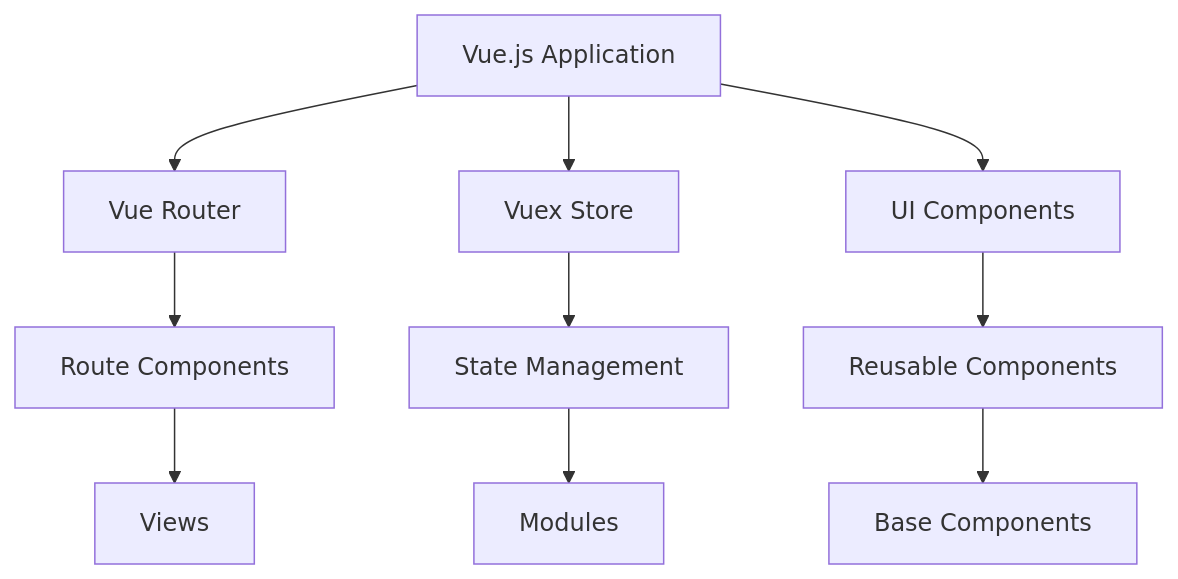
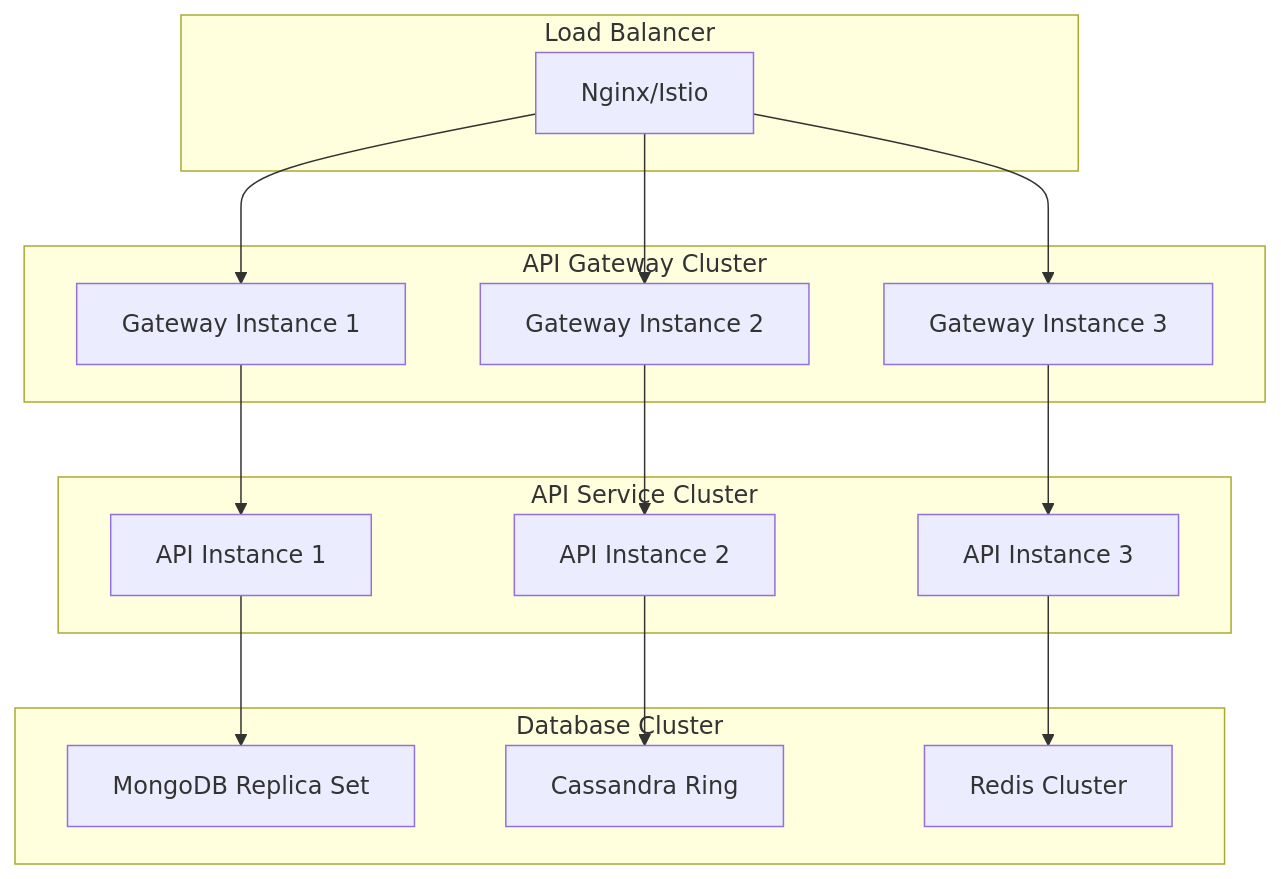
Before and after one commit to flamingo-stack/openframe-oss-tenant: diagram 11 of 15 in docs/development/architecture/overview.md, drawn with Mermaid. The commit also changed other lines of this file and 9 other files, not shown here.

````diff
--- a/docs/development/architecture/overview.md
+++ b/docs/development/architecture/overview.md
@@ -43,14 +466,36 @@
 ```mermaid
-graph TD
-    A[Vue.js Application] --> B[Vue Router]
-    A --> C[Vuex Store]
-    A --> D[UI Components]
+graph TB
+    subgraph "Load Balancer"
+        LB[Nginx/Istio]
+    end
     
-    B --> E[Route Components]
-    C --> F[State Management]
-    D --> G[Reusable Components]
+    subgraph "API Gateway Cluster"
+        GW1[Gateway Instance 1]
+        GW2[Gateway Instance 2]
+        GW3[Gateway Instance 3]
+    end
     
-    E --> H[Views]
-    F --> I[Modules]
-    G --> J[Base Components]
+    subgraph "API Service Cluster"
+        API1[API Instance 1]
+        API2[API Instance 2]
+        API3[API Instance 3]
+    end
+    
+    subgraph "Database Cluster"
+        MongoDB[MongoDB Replica Set]
+        Cassandra[Cassandra Ring]
+        Redis[Redis Cluster]
+    end
+    
+    LB --> GW1
+    LB --> GW2
+    LB --> GW3
+    
+    GW1 --> API1
+    GW2 --> API2
+    GW3 --> API3
+    
+    API1 --> MongoDB
+    API2 --> Cassandra
+    API3 --> Redis
 ```
````
